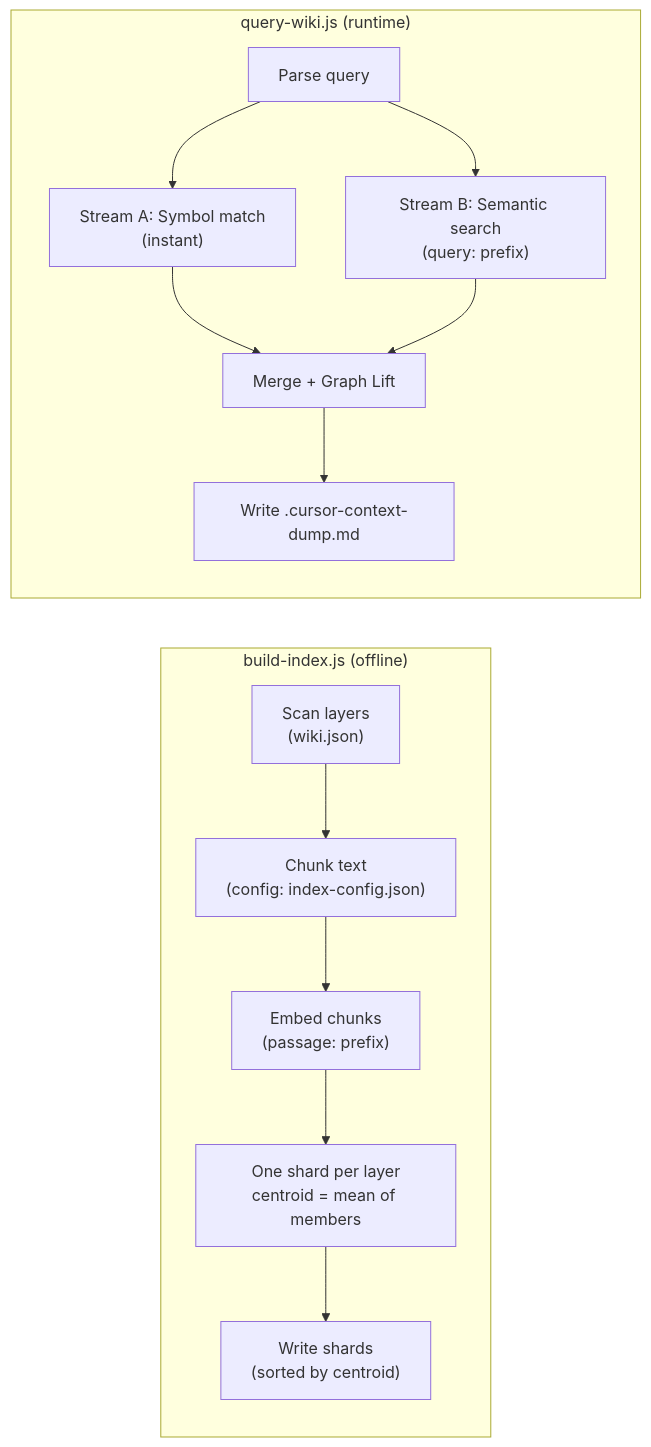
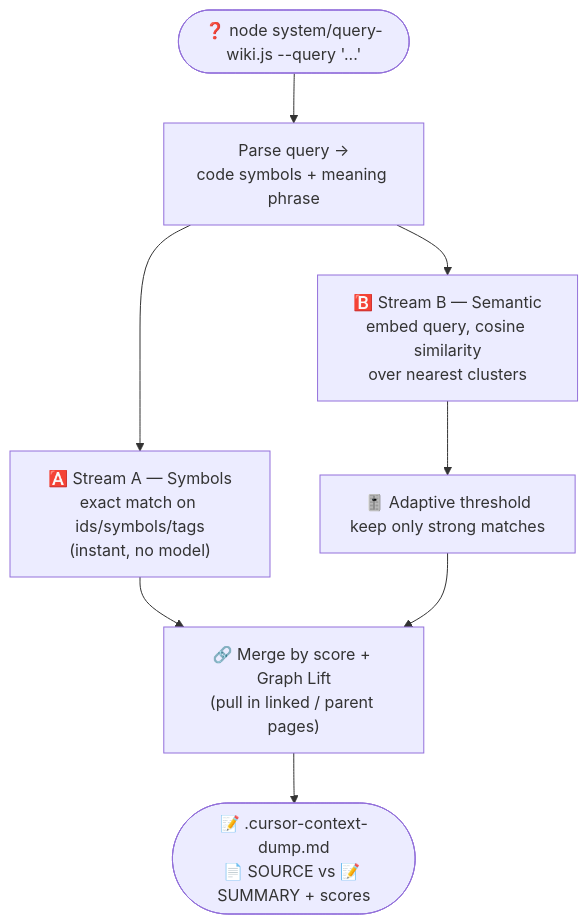
The eighth of 11 diagrams in README.md (gDavASko/DavASkoLLMWiki), drawn with Mermaid before and after one commit. The commit also changed other lines of this file and 1 other file, not shown here.

````diff
--- a/README.md
+++ b/README.md
@@ -110,17 +196,10 @@
 ```mermaid
-flowchart LR
-    subgraph Indexing ["build-index.js (offline)"]
-        A["Scan layers<br/>(wiki.json)"] --> B["Chunk text<br/>(config: index-config.json)"]
-        B --> C["Embed chunks<br/>(passage: prefix)"]
-        C --> D["One shard per layer<br/>centroid = mean of members"]
-        D --> E["Write shards<br/>(sorted by centroid)"]
-    end
-
-    subgraph Query ["query-wiki.js (runtime)"]
-        F["Parse query"] --> G["Stream A: Symbol match<br/>(instant)"]
-        F --> H["Stream B: Semantic search<br/>(query: prefix)"]
-        G --> I["Merge + Graph Lift"]
-        H --> I
-        I --> J["Write .cursor-context-dump.md"]
-    end
+flowchart TD
+    Q(["❓ node system/query-wiki.js --query '...'"]) --> P["Parse query →<br/>code symbols + meaning phrase"]
+    P --> A["🅰️ Stream A — Symbols<br/>exact match on ids/symbols/tags<br/>(instant, no model)"]
+    P --> B["🅱️ Stream B — Semantic<br/>embed query, cosine similarity<br/>over nearest clusters"]
+    B --> T["🎚️ Adaptive threshold<br/>keep only strong matches"]
+    A --> MERGE["🔗 Merge by score + Graph Lift<br/>(pull in linked / parent pages)"]
+    T --> MERGE
+    MERGE --> DUMP(["📝 .cursor-context-dump.md<br/>📄 SOURCE vs 📝 SUMMARY + scores"])
 ```
````
